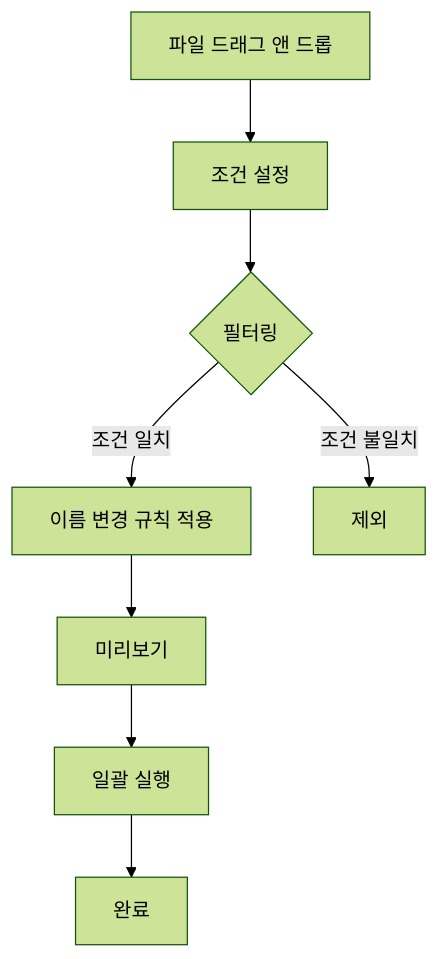
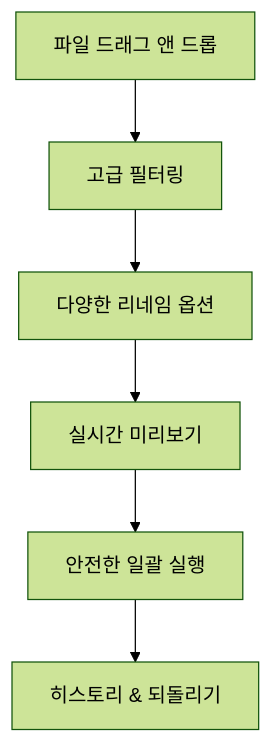
One commit to geniuskey/krenamer changed the diagram in docs/index.md. Above: the diagram before and after it, drawn with Mermaid (forest theme). The commit also changed other lines of this file and 46 other files, not shown here.

````diff
--- a/docs/index.md
+++ b/docs/index.md
@@ -76,10 +134,8 @@
 ```mermaid
 graph TD
-    A[파일 드래그 앤 드롭] --> B[조건 설정]
-    B --> C{필터링}
-    C -->|조건 일치| D[이름 변경 규칙 적용]
-    C -->|조건 불일치| E[제외]
-    D --> F[미리보기]
-    F --> G[일괄 실행]
-    G --> H[완료]
+    A[파일 드래그 앤 드롭] --> B[고급 필터링]
+    B --> C[다양한 리네임 옵션]
+    C --> D[실시간 미리보기]
+    D --> E[안전한 일괄 실행]
+    E --> F[히스토리 & 되돌리기]
 ```
````
